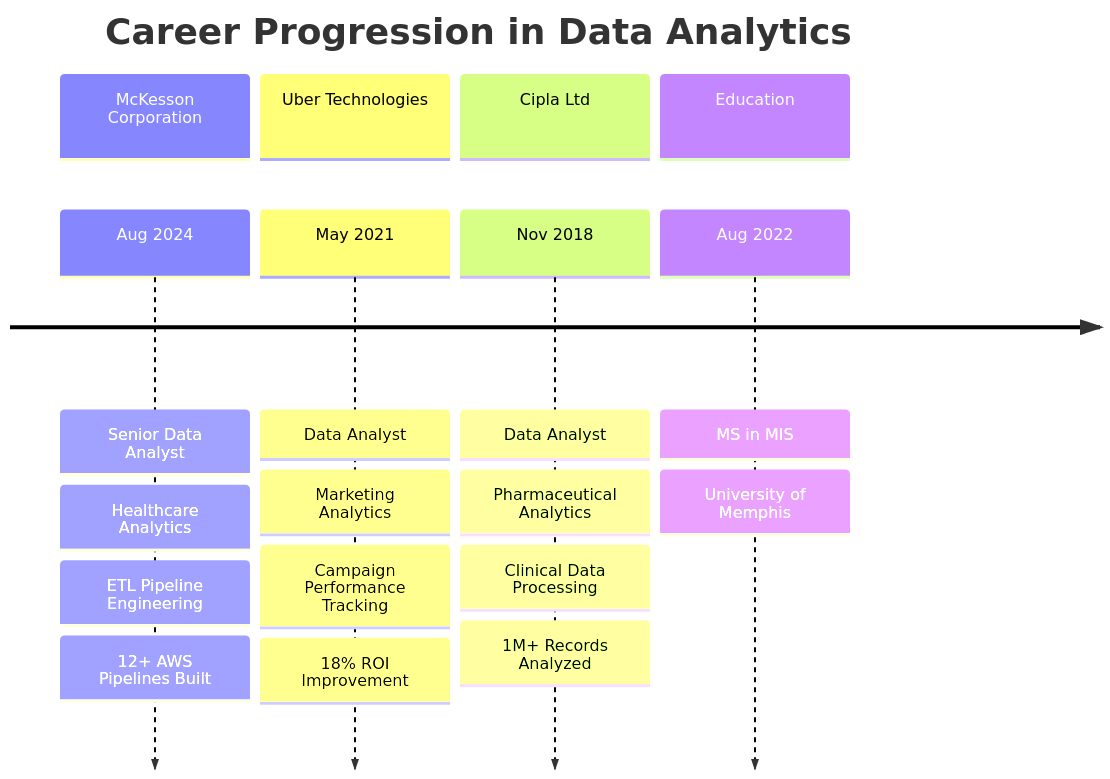
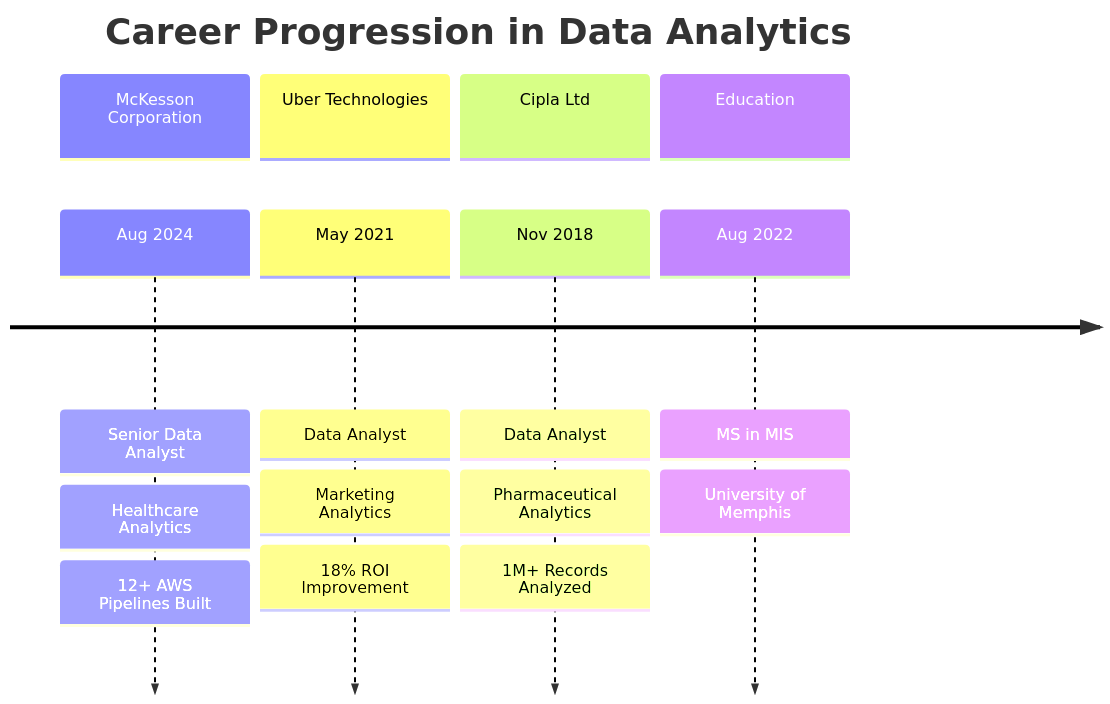
The third of 3 diagrams in README.md (srikarvechalapu/srikarvechalapu), drawn with Mermaid before and after one commit. The commit also changed other lines of this file, not shown here.

````diff
--- a/README.md
+++ b/README.md
@@ -132,22 +122,19 @@
 ```mermaid
 timeline
     title Career Progression in Data Analytics
     section McKesson Corporation
         Aug 2024 : Senior Data Analyst
                  : Healthcare Analytics
-                 : ETL Pipeline Engineering
                  : 12+ AWS Pipelines Built
     section Uber Technologies
         May 2021 : Data Analyst
                  : Marketing Analytics
-                 : Campaign Performance Tracking
                  : 18% ROI Improvement
     section Cipla Ltd
         Nov 2018 : Data Analyst
                  : Pharmaceutical Analytics
-                 : Clinical Data Processing
                  : 1M+ Records Analyzed
     section Education
         Aug 2022 : MS in MIS
                  : University of Memphis
 ```
````
